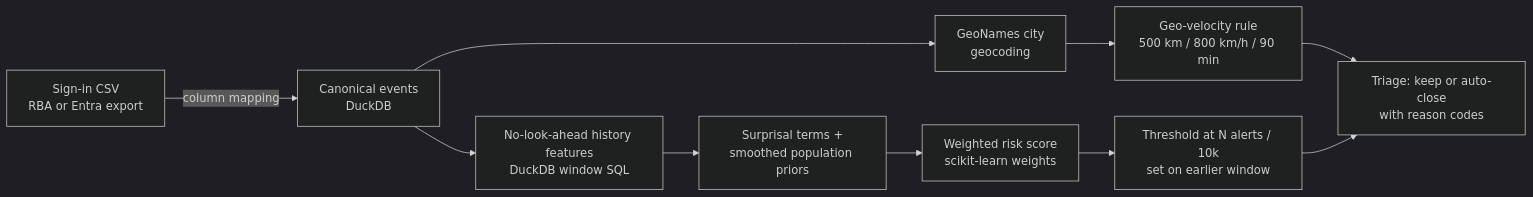
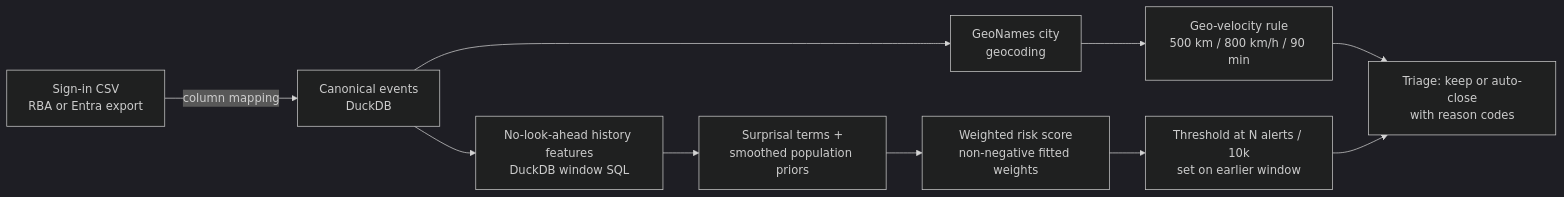
Before and after one commit to ci-jy/impossible-travel-triage: the diagram in README.md, drawn with Mermaid (dark theme). The commit also changed 3 other files, not shown here.

````diff
--- a/README.md
+++ b/README.md
@@ -34,12 +34,12 @@
 ```mermaid
 flowchart LR
   A[Sign-in CSV<br/>RBA or Entra export] -->|column mapping| B[Canonical events<br/>DuckDB]
   B --> C[GeoNames city<br/>geocoding]
   C --> D[Geo-velocity rule<br/>500 km / 800 km/h / 90 min]
   B --> E[No-look-ahead history features<br/>DuckDB window SQL]
   E --> F[Surprisal terms +<br/>smoothed population priors]
-  F --> G[Weighted risk score<br/>scikit-learn weights]
+  F --> G[Weighted risk score<br/>non-negative fitted weights]
   G --> H[Threshold at N alerts / 10k<br/>set on earlier window]
   D --> I[Triage: keep or auto-close<br/>with reason codes]
   H --> I
 ```
````
